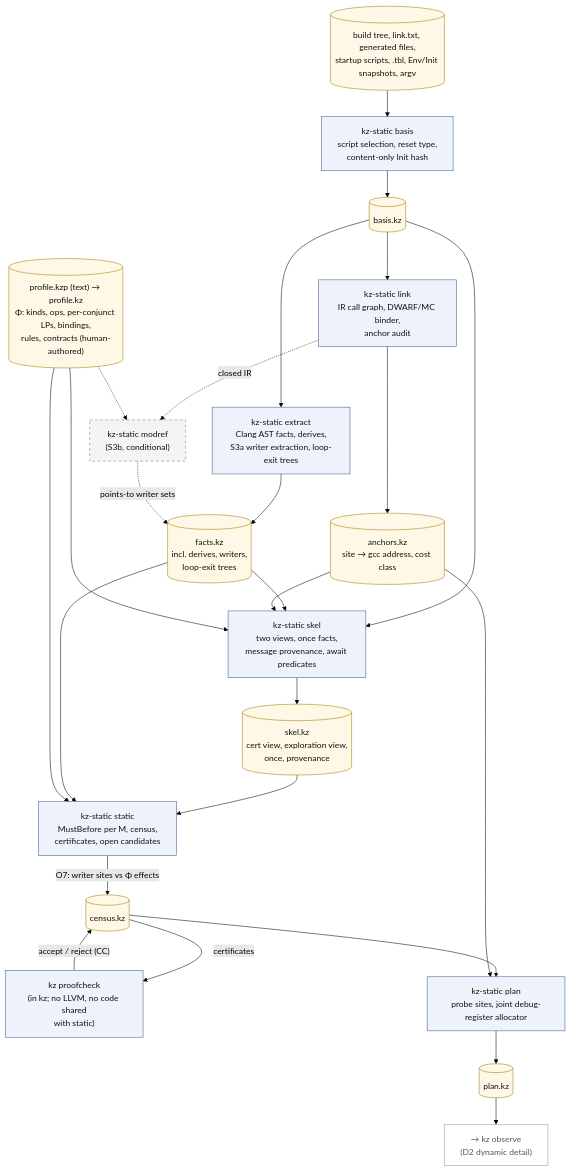
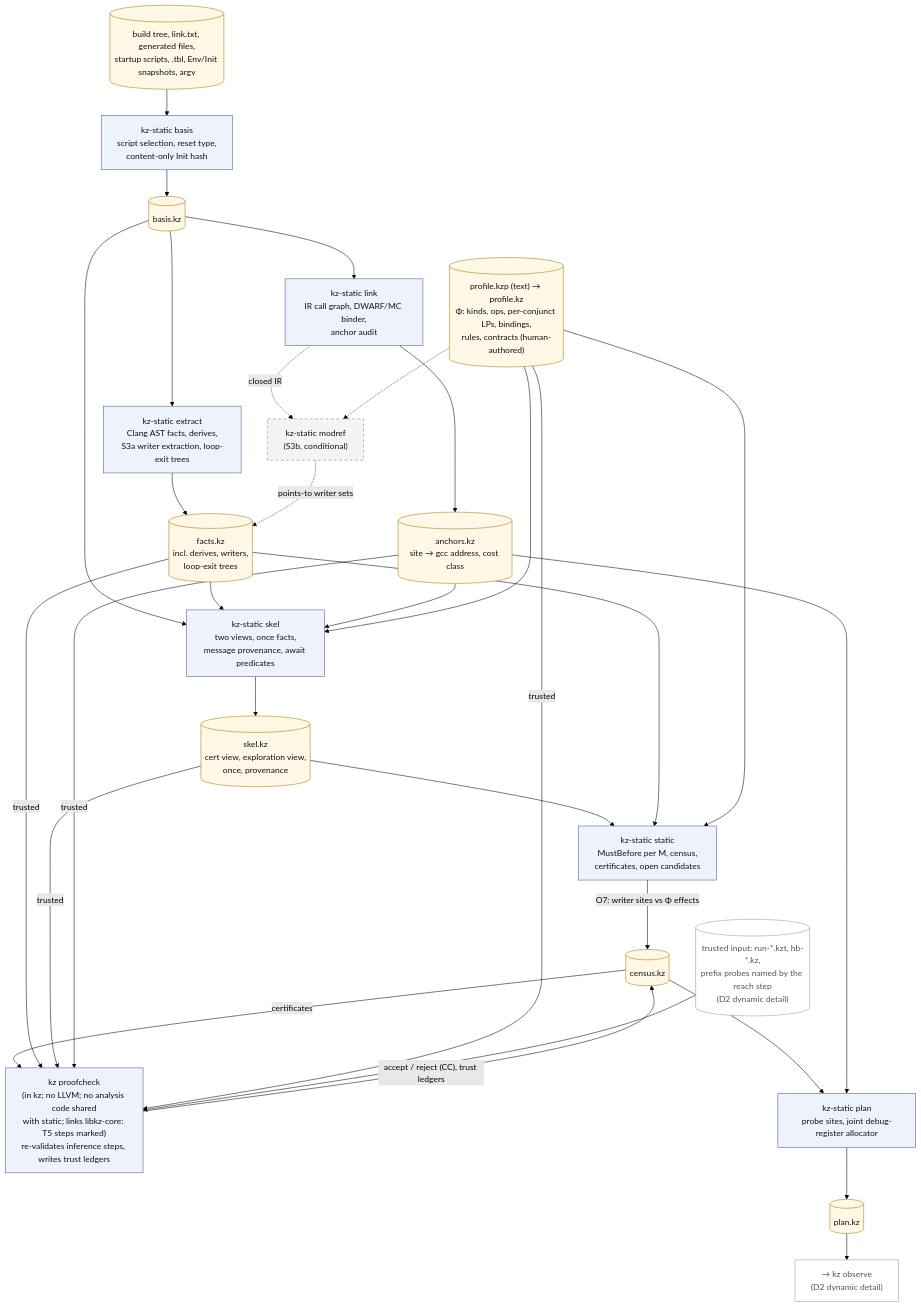
One commit to wookjaeya/Shape-Perf changed the third of 4 diagrams in research/cfs_procrace/Architecture/02_architecture.md. Above: the diagram before and after it, drawn with Mermaid (forest theme). The commit also changed other lines of this file and 43 other files, not shown here.

First line of the commit message:
Architecture: mirror SPEC rev 1.1 into Korean docs, PI decisions, terminology background and diagrams; first consistency-fix round

````diff
--- a/research/cfs_procrace/Architecture/02_architecture.md
+++ b/research/cfs_procrace/Architecture/02_architecture.md
@@ -498,56 +521,62 @@
 ```mermaid
 flowchart TD
-    %% D2 detail (1/2) - kz-static pipeline and the independent checker. Source: spec §12 D2; §2.2-2.4, §4.1-4.7.
+    %% D2 detail (1/2) - kz-static pipeline and the checker (independent inference relative to its trusted base). Source: spec §12 D2 (rev 1.1); §2.2-2.4, §4.1-4.7, §4.5.1.
     %% Rectangle = component, cylinder = KZ artifact. Dashed border = conditional (S3b).
 
     INB[("build tree, link.txt, generated files,<br/>startup scripts, .tbl, Env/Init snapshots, argv")]
     PROF[("profile.kzp (text) → profile.kz<br/>Φ: kinds, ops, per-conjunct LPs, bindings,<br/>rules, contracts (human-authored)")]
 
     BAS["kz-static basis<br/>script selection, reset type,<br/>content-only Init hash"]
     BK[("basis.kz")]
     EXT["kz-static extract<br/>Clang AST facts, derives,<br/>S3a writer extraction, loop-exit trees"]
     LNK["kz-static link<br/>IR call graph, DWARF/MC binder,<br/>anchor audit"]
     MOD["kz-static modref<br/>(S3b, conditional)"]
     FK[("facts.kz<br/>incl. derives, writers,<br/>loop-exit trees")]
     AK[("anchors.kz<br/>site → gcc address, cost class")]
     SKL["kz-static skel<br/>two views, once facts,<br/>message provenance, await predicates"]
     SK[("skel.kz<br/>cert view, exploration view,<br/>once, provenance")]
     STA["kz-static static<br/>MustBefore per M, census,<br/>certificates, open candidates"]
     CEN[("census.kz")]
-    PCK["kz proofcheck<br/>(in kz; no LLVM, no code shared<br/>with static)"]
+    PCK["kz proofcheck<br/>(in kz; no LLVM; no analysis code shared<br/>with static; links libkz-core: T5 steps marked)<br/>re-validates inference steps, writes trust ledgers"]
+    RUNS[("trusted input: run-*.kzt, hb-*.kz,<br/>prefix probes named by the reach step<br/>(D2 dynamic detail)")]
     PLN["kz-static plan<br/>probe sites, joint debug-register allocator"]
     PK[("plan.kz")]
 
     INB --> BAS --> BK
     BK --> EXT
     BK --> LNK
     BK --> SKL
     EXT --> FK
     LNK --> AK
     LNK -.->|"closed IR"| MOD
     PROF -.-> MOD
     MOD -.->|"points-to writer sets"| FK
     FK --> SKL
     AK --> SKL
     PROF --> SKL
     SKL --> SK
     SK --> STA
     FK --> STA
     PROF --> STA
     STA -->|"O7: writer sites vs Φ effects"| CEN
     CEN -->|"certificates"| PCK
-    PCK -->|"accept / reject (CC)"| CEN
+    PCK -->|"accept / reject (CC), trust ledgers"| CEN
+    FK -->|"trusted"| PCK
+    SK -->|"trusted"| PCK
+    AK -->|"trusted"| PCK
+    PROF -->|"trusted"| PCK
+    RUNS --> PCK
     CEN --> PLN
     AK --> PLN
     PLN --> PK
     PK --> NEXT["→ kz observe<br/>(D2 dynamic detail)"]
 
     classDef comp fill:#eef3fb,stroke:#3b5b92,color:#111
     classDef art fill:#fff8e6,stroke:#a07a00,color:#111
     classDef gated fill:#f4f4f4,stroke:#777,stroke-dasharray:5 5,color:#111
     classDef ref fill:#ffffff,stroke:#999,color:#555
     class BAS,EXT,LNK,SKL,STA,PCK,PLN comp
     class INB,PROF,BK,FK,AK,SK,CEN,PK art
     class MOD gated
-    class NEXT ref
+    class NEXT,RUNS ref
 ```
````
